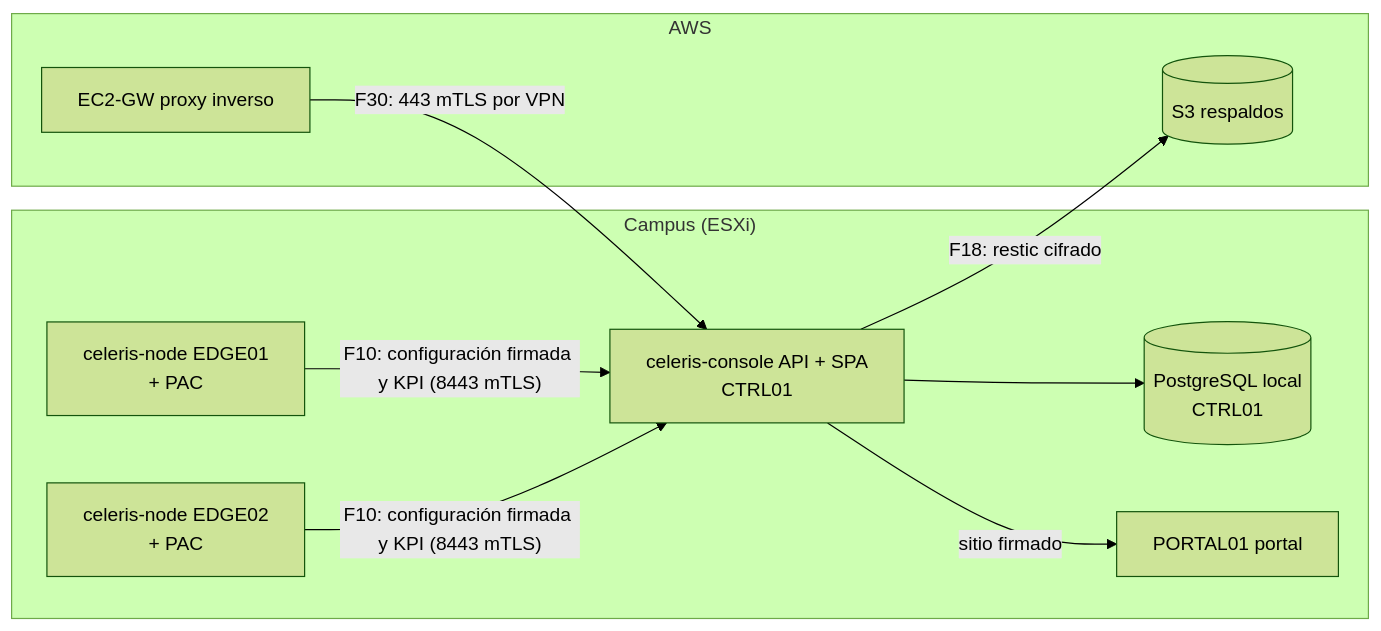
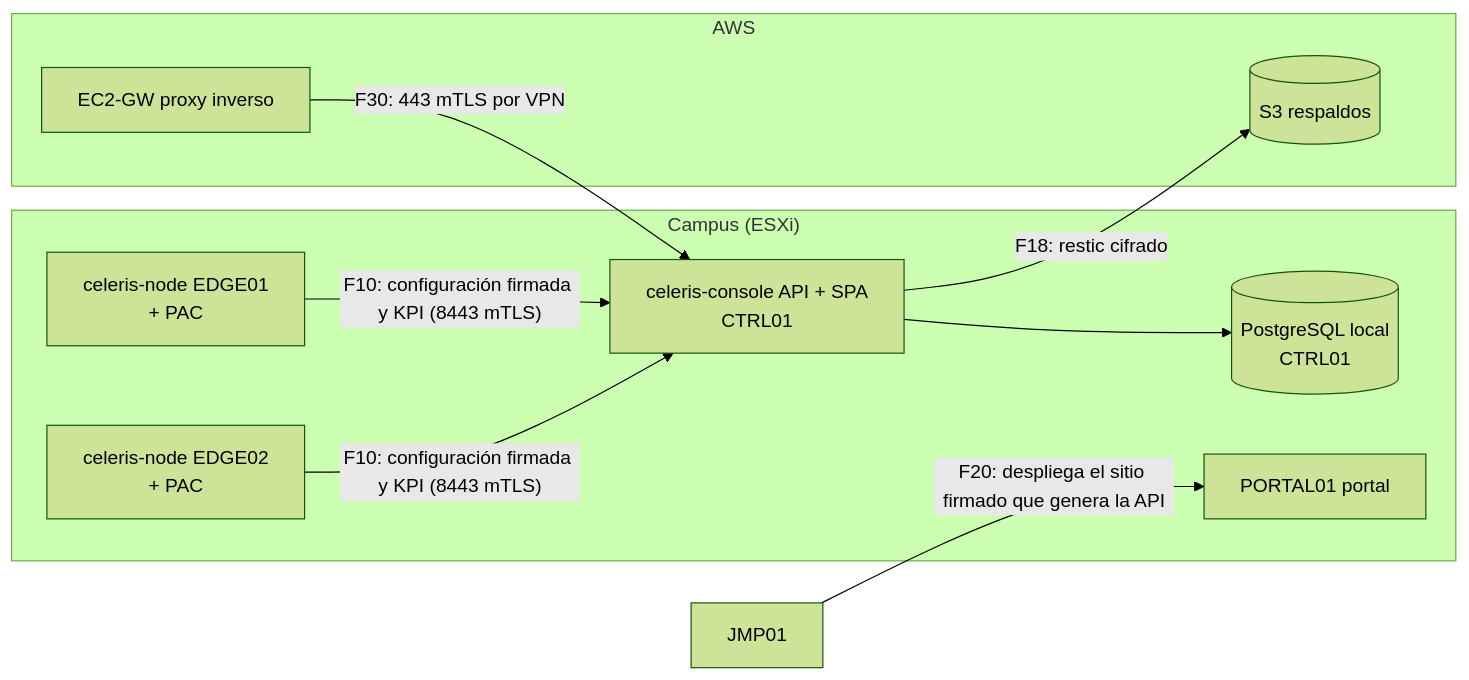
The fourth of 12 diagrams in docs/celeris/Celeris-CE02-Ingenieria-Software.md (Nick-Saim-MJ/Project-Celeris), drawn with Mermaid (forest theme) before and after one commit. The commit also changed other lines of this file and 169 other files, not shown here.

First line of the commit message:
CE02 E1: informe Requerimientos y Diseño (plantilla oficial), SRS, C4 + 15 ADR y UML por caso de uso

````diff
--- a/docs/celeris/Celeris-CE02-Ingenieria-Software.md
+++ b/docs/celeris/Celeris-CE02-Ingenieria-Software.md
@@ -313,19 +317,19 @@
 ```mermaid
 flowchart LR
   subgraph Campus["Campus (ESXi)"]
     N1[celeris-node EDGE01<br/>+ PAC]
     N2[celeris-node EDGE02<br/>+ PAC]
     API[celeris-console API + SPA<br/>CTRL01]
     D[(PostgreSQL local<br/>CTRL01)]
     PT[PORTAL01 portal]
   end
   subgraph AWS["AWS"]
     GW[EC2-GW proxy inverso]
     B[(S3 respaldos)]
   end
   N1 & N2 -- "F10: configuración firmada y KPI (8443 mTLS)" --> API
   API --> D
-  API -- "sitio firmado" --> PT
+  JMP[JMP01] -- "F20: despliega el sitio firmado que genera la API" --> PT
   GW -- "F30: 443 mTLS por VPN" --> API
   API -- "F18: restic cifrado" --> B
 ```
````
